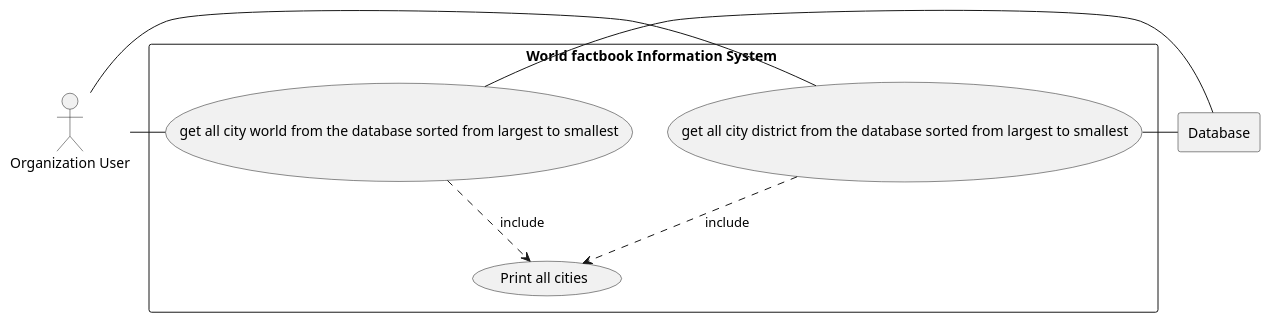
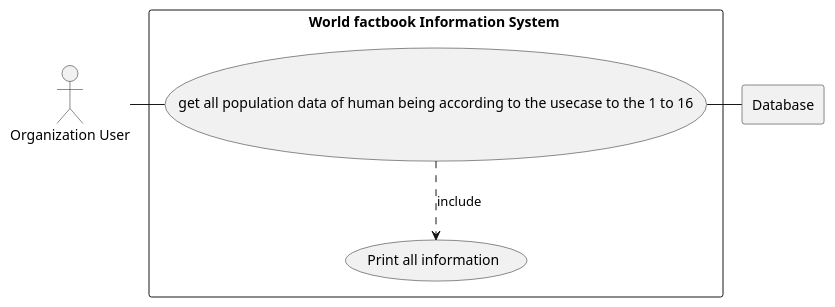
The diagram in use-cases/World FactBook Info.puml (EinGyinMoe/Group3), drawn with PlantUML before and after one commit.

Commit message:
fix world factbook info file

```diff
--- a/use-cases/World FactBook Info.puml
+++ b/use-cases/World FactBook Info.puml
@@ -1,28 +1,25 @@
 @startuml
 'Start PlantUML
 'Use Cases using in DevOps help to solve the problems and improve performance of the system.
 
 actor user as "Organization User"
 
 'Defined the system using rectangles
 
 rectangle Database
 
 rectangle "World factbook Information System " {
-   usecase UC1 as "get all city district from the database sorted from largest to smallest"
-   usecase UC2 as "get all city world from the database sorted from largest to smallest"
+   usecase UC1 as "get all population data of human being according to the usecase to the 1 to 16"
 
-    usecase UCa as "Print all cities"
+
+    usecase UCa as "Print all information"
 
 'To provide a name for usecases (use case UC1 as use case 1)
 
     user - UC1
     UC1 ..> UCa : include
     UC1 - Database
-    user - UC2
-    UC2 ..> UCa : include
-    UC2 - Database
 
 }
 'End PlantUML
 @enduml
```
